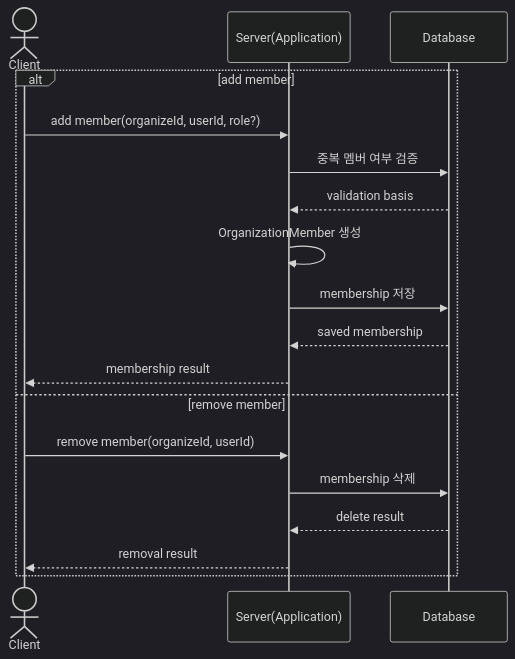
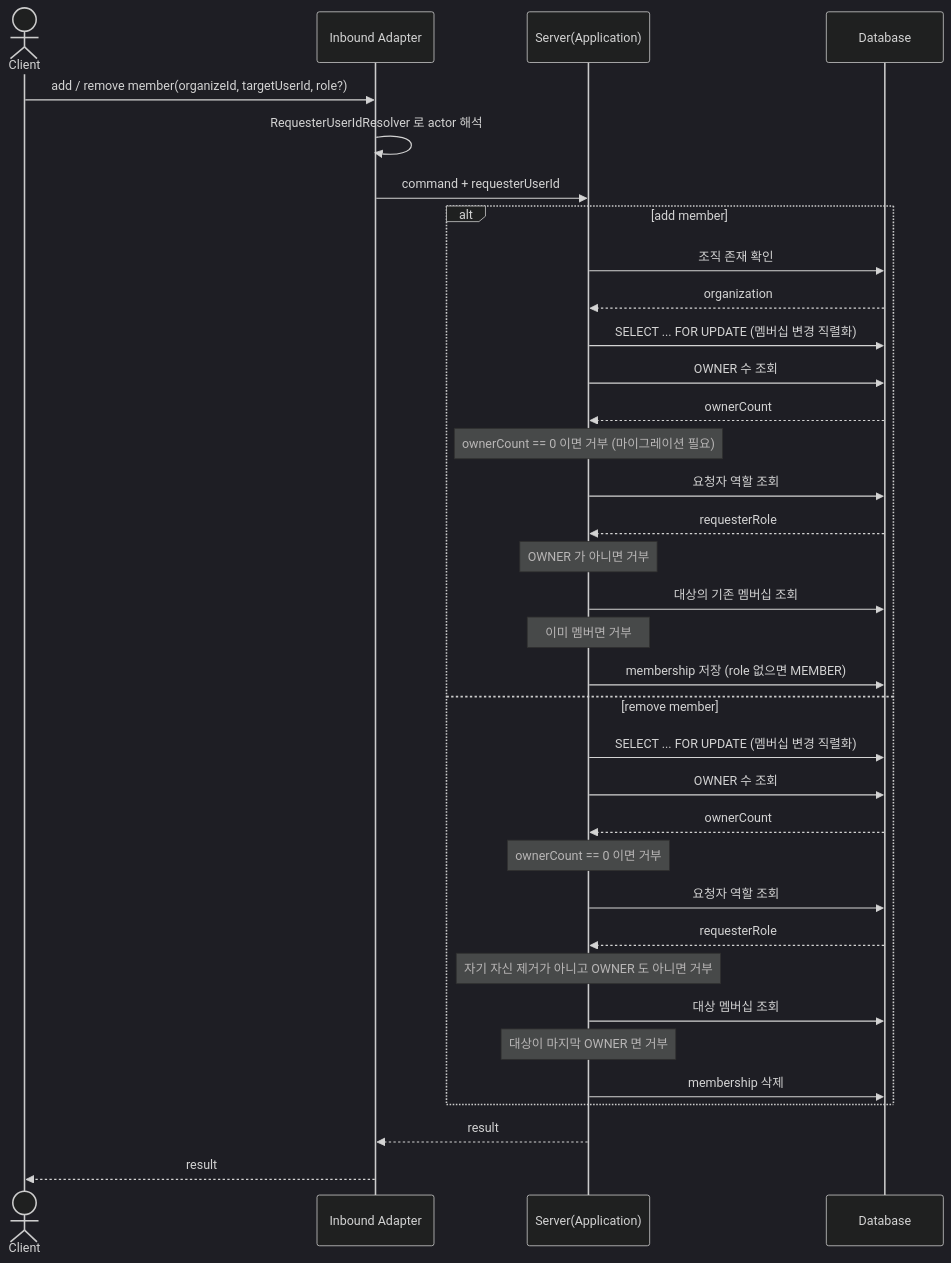
One commit to jgitkins/jgitkins changed the fourth of 5 diagrams in docs/bounded-context/collaboration/diagrams.md. Above: the diagram before and after it, drawn with Mermaid (dark theme). The commit also changed other lines of this file, not shown here.

First line of the commit message:
docs(collaboration): update the diagrams to the flow the code actually runs

````diff
--- a/docs/bounded-context/collaboration/diagrams.md
+++ b/docs/bounded-context/collaboration/diagrams.md
@@ -112,21 +124,40 @@
 ```mermaid
 sequenceDiagram
     actor Client
+    participant In as Inbound Adapter
     participant App as Server(Application)
     participant DB as Database
 
+    Client->>In: add / remove member(organizeId, targetUserId, role?)
+    In->>In: RequesterUserIdResolver 로 actor 해석
+    In->>App: command + requesterUserId
+
     alt add member
-        Client->>App: add member(organizeId, userId, role?)
-        App->>DB: 중복 멤버 여부 검증
-        DB-->>App: validation basis
-        App->>App: OrganizationMember 생성
-        App->>DB: membership 저장
-        DB-->>App: saved membership
-        App-->>Client: membership result
+        App->>DB: 조직 존재 확인
+        DB-->>App: organization
+        App->>DB: SELECT ... FOR UPDATE (멤버십 변경 직렬화)
+        App->>DB: OWNER 수 조회
+        DB-->>App: ownerCount
+        Note over App: ownerCount == 0 이면 거부 (마이그레이션 필요)
+        App->>DB: 요청자 역할 조회
+        DB-->>App: requesterRole
+        Note over App: OWNER 가 아니면 거부
+        App->>DB: 대상의 기존 멤버십 조회
+        Note over App: 이미 멤버면 거부
+        App->>DB: membership 저장 (role 없으면 MEMBER)
     else remove member
-        Client->>App: remove member(organizeId, userId)
+        App->>DB: SELECT ... FOR UPDATE (멤버십 변경 직렬화)
+        App->>DB: OWNER 수 조회
+        DB-->>App: ownerCount
+        Note over App: ownerCount == 0 이면 거부
+        App->>DB: 요청자 역할 조회
+        DB-->>App: requesterRole
+        Note over App: 자기 자신 제거가 아니고 OWNER 도 아니면 거부
+        App->>DB: 대상 멤버십 조회
+        Note over App: 대상이 마지막 OWNER 면 거부
         App->>DB: membership 삭제
-        DB-->>App: delete result
-        App-->>Client: removal result
     end
+
+    App-->>In: result
+    In-->>Client: result
 ```
````
